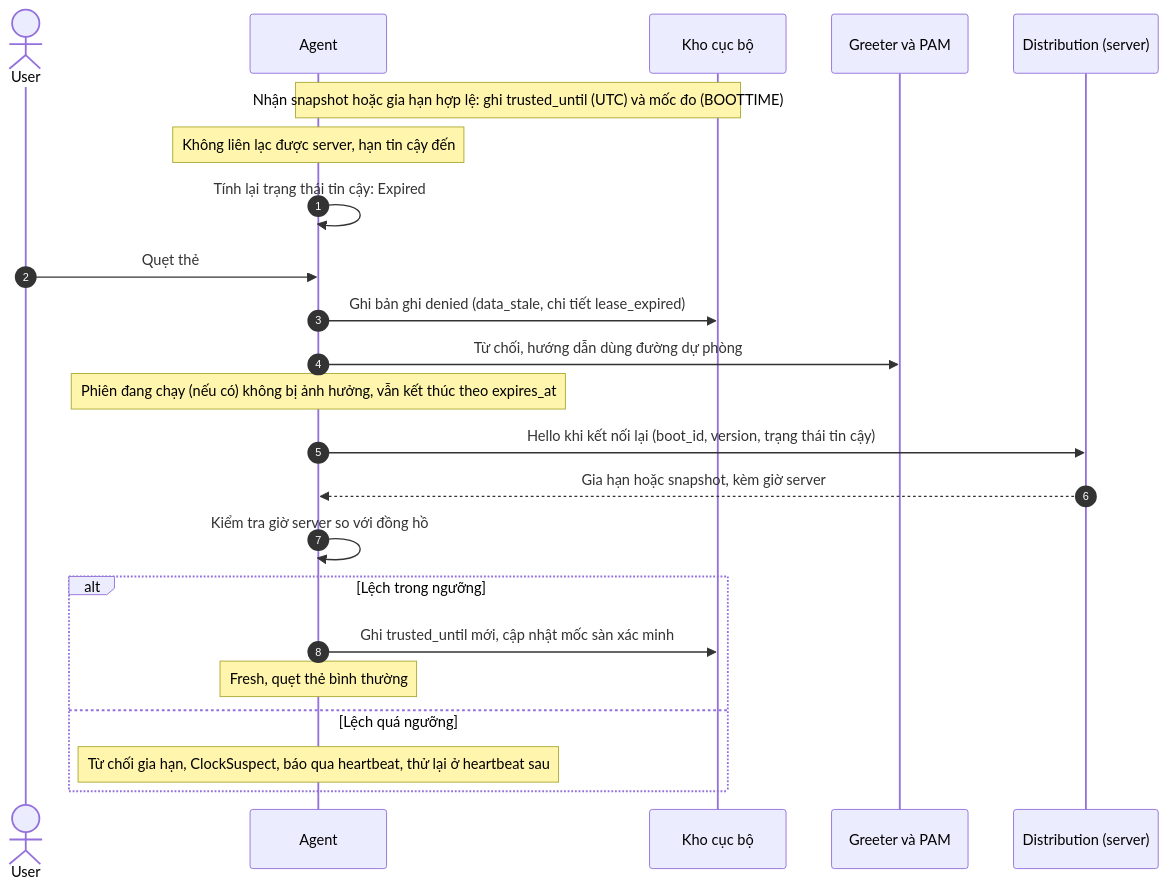
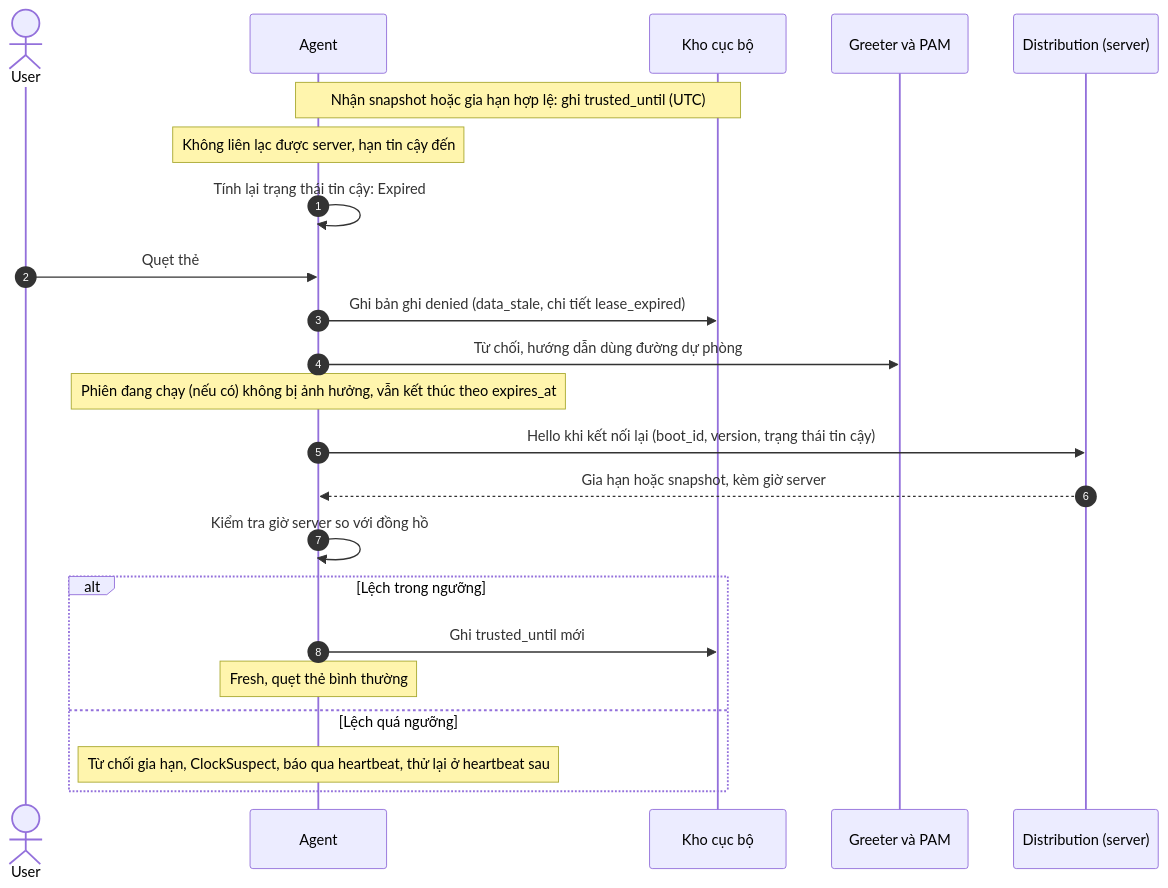
One commit to binhtoong21/linux-access-control changed the second of 2 diagrams in design/docs/05-behavior/sequences/lease-expiration.md. Above: the diagram before and after it, drawn with Mermaid. The commit also changed other lines of this file and 15 other files, not shown here.

````diff
--- a/design/docs/05-behavior/sequences/lease-expiration.md
+++ b/design/docs/05-behavior/sequences/lease-expiration.md
@@ -33,27 +33,27 @@
 ```mermaid
 sequenceDiagram
     autonumber
     actor U as User
     participant A as Agent
     participant K as Kho cục bộ
     participant L as Greeter và PAM
     participant D as Distribution (server)
 
-    Note over A,K: Nhận snapshot hoặc gia hạn hợp lệ: ghi trusted_until (UTC) và mốc đo (BOOTTIME)
+    Note over A,K: Nhận snapshot hoặc gia hạn hợp lệ: ghi trusted_until (UTC)
     Note over A: Không liên lạc được server, hạn tin cậy đến
     A->>A: Tính lại trạng thái tin cậy: Expired
     U->>A: Quẹt thẻ
     A->>K: Ghi bản ghi denied (data_stale, chi tiết lease_expired)
     A->>L: Từ chối, hướng dẫn dùng đường dự phòng
     Note over A: Phiên đang chạy (nếu có) không bị ảnh hưởng, vẫn kết thúc theo expires_at
 
     A->>D: Hello khi kết nối lại (boot_id, version, trạng thái tin cậy)
     D-->>A: Gia hạn hoặc snapshot, kèm giờ server
     A->>A: Kiểm tra giờ server so với đồng hồ
     alt Lệch trong ngưỡng
-        A->>K: Ghi trusted_until mới, cập nhật mốc sàn xác minh
+        A->>K: Ghi trusted_until mới
         Note over A: Fresh, quẹt thẻ bình thường
     else Lệch quá ngưỡng
         Note over A: Từ chối gia hạn, ClockSuspect, báo qua heartbeat, thử lại ở heartbeat sau
     end
 ```
````
